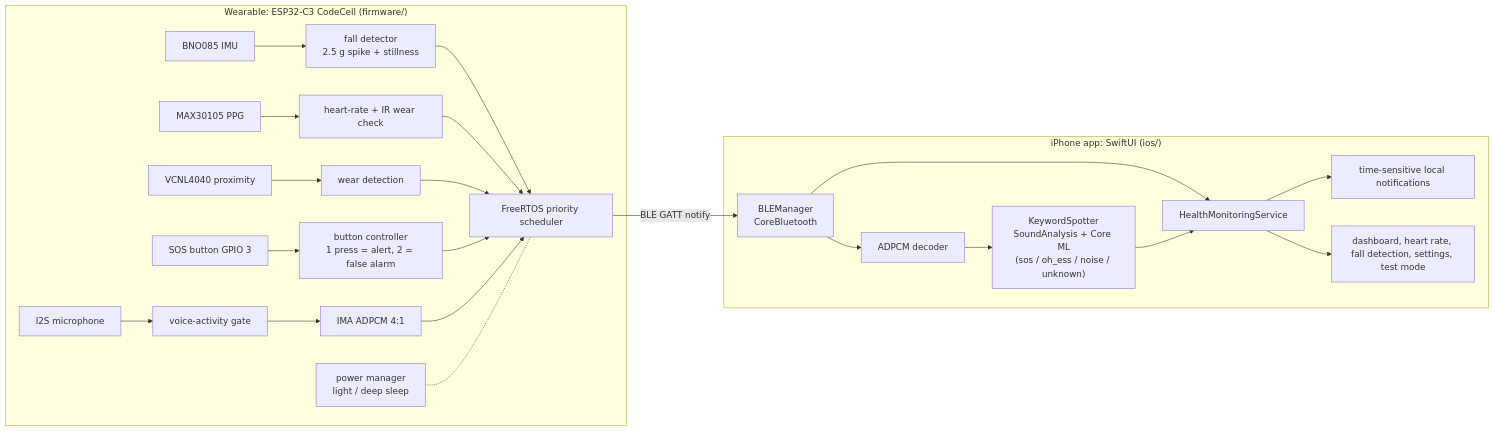
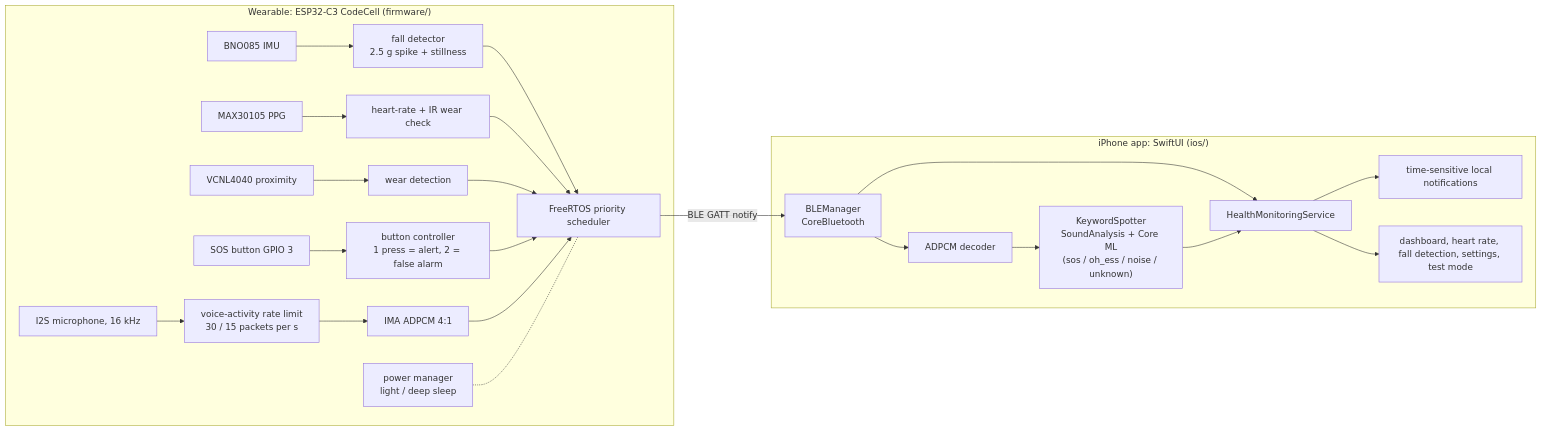
One commit to gkasturirag12345-boop/Beacon-Smart-wearable-device-and-App changed the diagram in README.md. Above: the diagram before and after it, drawn with Mermaid. The commit also changed other lines of this file and 14 other files, not shown here.

````diff
--- a/README.md
+++ b/README.md
@@ -18,20 +18,20 @@
 ```mermaid
 flowchart LR
     subgraph W["Wearable: ESP32-C3 CodeCell (firmware/)"]
         BNO[BNO085 IMU] --> FD[fall detector<br/>2.5 g spike + stillness]
         MAX[MAX30105 PPG] --> HR[heart-rate + IR wear check]
         VCNL[VCNL4040 proximity] --> WEAR[wear detection]
         BTN[SOS button GPIO 3] --> BC[button controller<br/>1 press = alert, 2 = false alarm]
-        MIC[I2S microphone] --> VAD[voice-activity gate] --> ADPCM[IMA ADPCM 4:1]
+        MIC[I2S microphone, 16 kHz] --> VAD[voice-activity rate limit<br/>30 / 15 packets per s] --> ADPCM[IMA ADPCM 4:1]
         FD & HR & WEAR & BC & ADPCM --> SCHED[FreeRTOS priority scheduler]
         PM[power manager<br/>light / deep sleep] -.- SCHED
     end
     SCHED -- "BLE GATT notify" --> BLE
     subgraph P["iPhone app: SwiftUI (ios/)"]
         BLE[BLEManager<br/>CoreBluetooth] --> HMS[HealthMonitoringService]
         BLE --> DEC[ADPCM decoder] --> KWS["KeywordSpotter<br/>SoundAnalysis + Core ML<br/>(sos / oh_ess / noise / unknown)"]
         KWS --> HMS
         HMS --> NOTIF[time-sensitive local notifications]
         HMS --> UI[dashboard, heart rate, fall detection, settings, test mode]
     end
 ```
````
